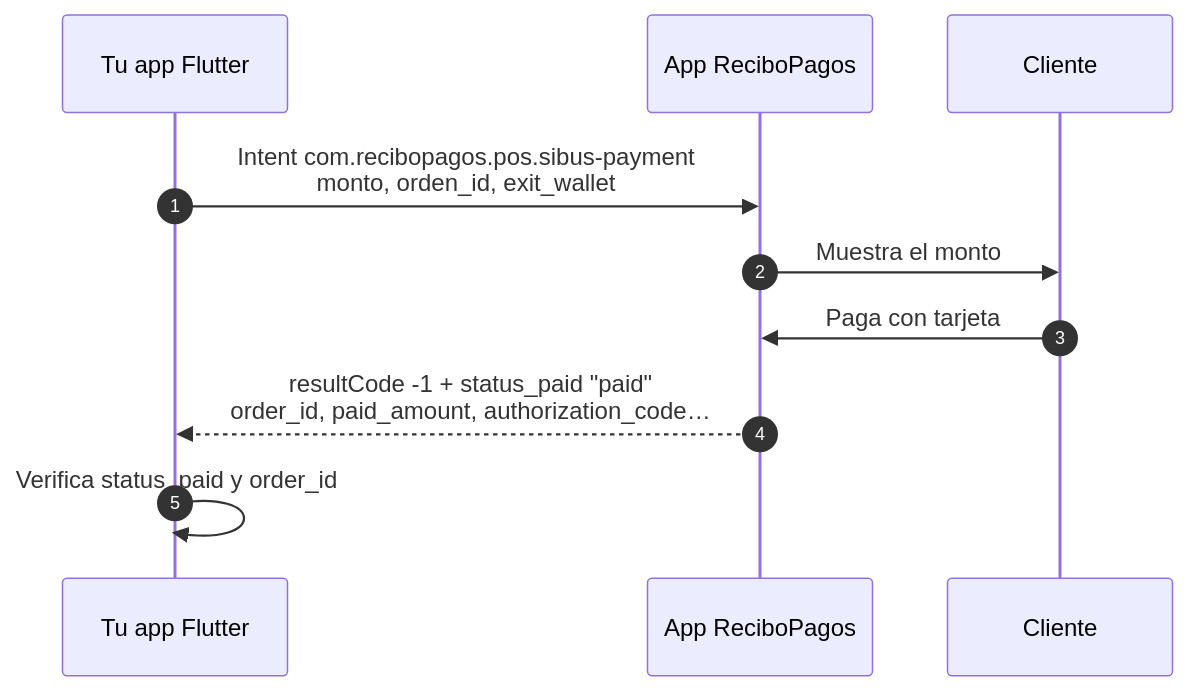
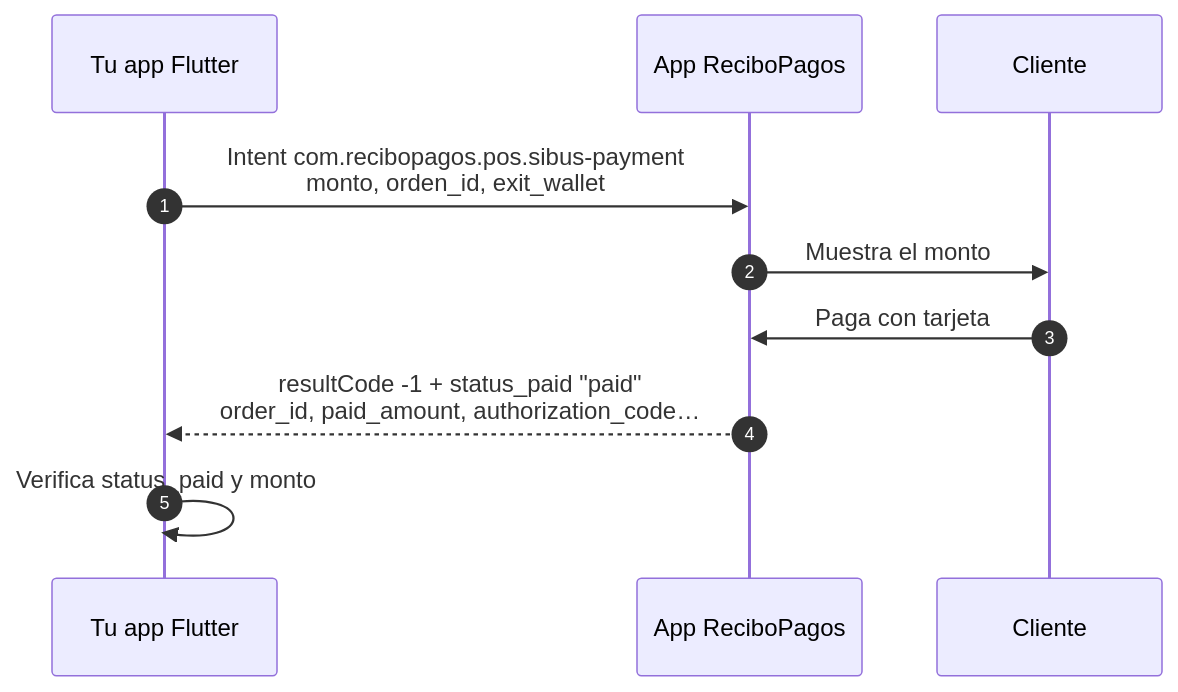
The diagram in README.md (morello-cl/recibopagos_app2app), drawn with Mermaid before and after one commit. The commit also changed other lines of this file and 8 other files, not shown here.

````diff
--- a/README.md
+++ b/README.md
@@ -68,12 +69,12 @@
 ```mermaid
 sequenceDiagram
     autonumber
     participant App as Tu app Flutter
     participant RP as App ReciboPagos
     participant C as Cliente
     App->>RP: Intent com.recibopagos.pos.sibus-payment<br/>monto, orden_id, exit_wallet
     RP->>C: Muestra el monto
     C->>RP: Paga con tarjeta
     RP-->>App: resultCode -1 + status_paid "paid"<br/>order_id, paid_amount, authorization_code…
-    App->>App: Verifica status_paid y order_id
+    App->>App: Verifica status_paid y monto
 ```
````
